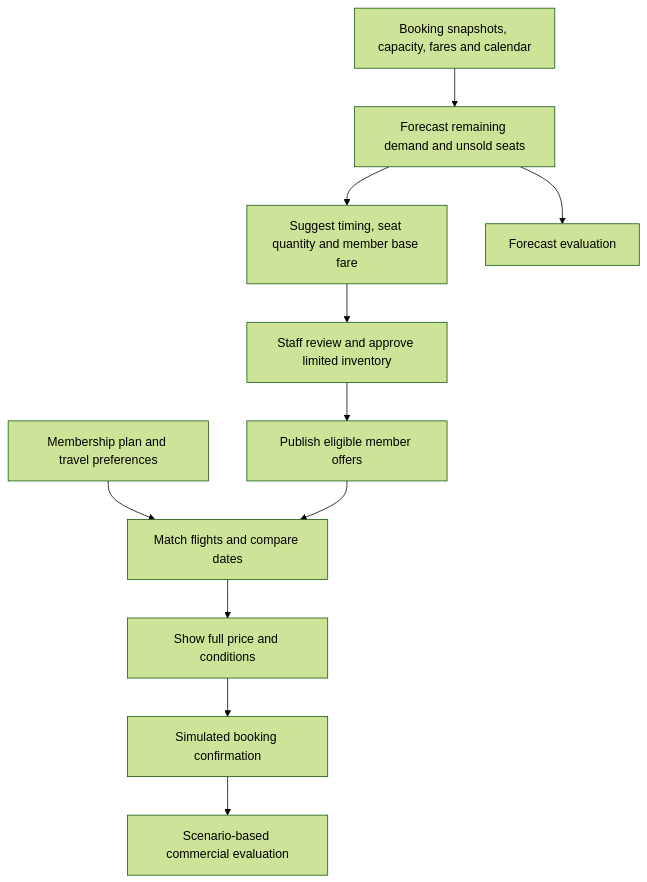
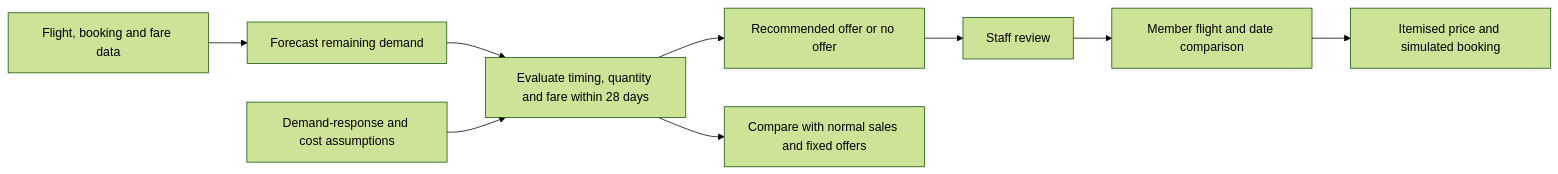
One commit to Horse-MA00/E117-AirplaneCPU changed the diagram in README.md. Above: the diagram before and after it, drawn with Mermaid (forest theme). The commit also changed other lines of this file and 3 other files, not shown here.

````diff
--- a/README.md
+++ b/README.md
@@ -41,13 +31,11 @@
 ```mermaid
-flowchart TD
-    A[Booking snapshots, capacity, fares and calendar] --> B[Forecast remaining demand and unsold seats]
-    B --> C[Suggest timing, seat quantity and member base fare]
-    C --> D[Staff review and approve limited inventory]
-    D --> E[Publish eligible member offers]
-    P[Membership plan and travel preferences] --> F[Match flights and compare dates]
-    E --> F
-    F --> G[Show full price and conditions]
-    G --> H[Simulated booking confirmation]
-    B --> I[Forecast evaluation]
-    H --> J[Scenario-based commercial evaluation]
+flowchart LR
+    A[Flight, booking and fare data] --> B[Forecast remaining demand]
+    B --> C[Evaluate timing, quantity and fare within 28 days]
+    S[Demand-response and cost assumptions] --> C
+    C --> D[Recommended offer or no offer]
+    D --> E[Staff review]
+    E --> F[Member flight and date comparison]
+    F --> G[Itemised price and simulated booking]
+    C --> H[Compare with normal sales and fixed offers]
 ```
````
